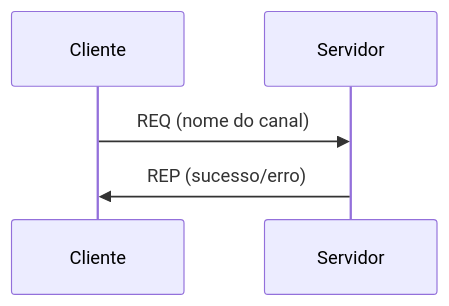
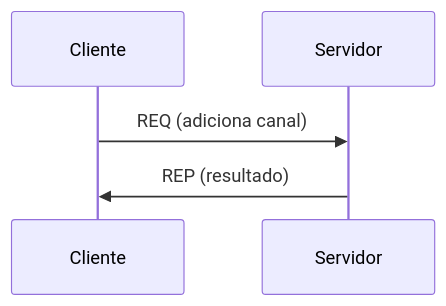
The fourth of 6 diagrams in README.md (Marcela1204/CC7261_Projeto_Sistemas_Distribuidos), drawn with Mermaid before and after one commit. The commit also changed other lines of this file, not shown here.

````diff
--- a/README.md
+++ b/README.md
@@ -70,5 +116,5 @@
 ```mermaid
 sequenceDiagram
-  Cliente ->> Servidor: REQ (nome do canal)
-  Servidor ->> Cliente: REP (sucesso/erro)
+  Cliente ->> Servidor: REQ (adiciona canal)
+  Servidor ->> Cliente: REP (resultado)
 ```
````
